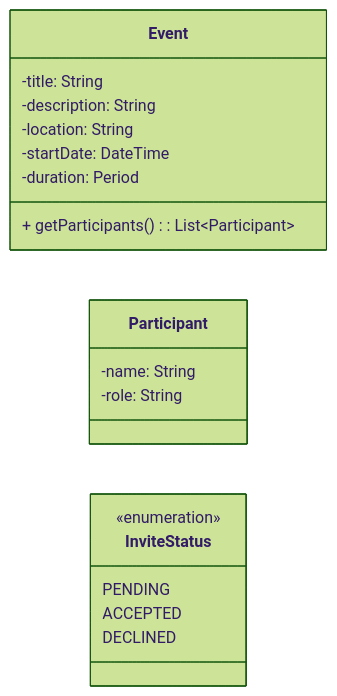
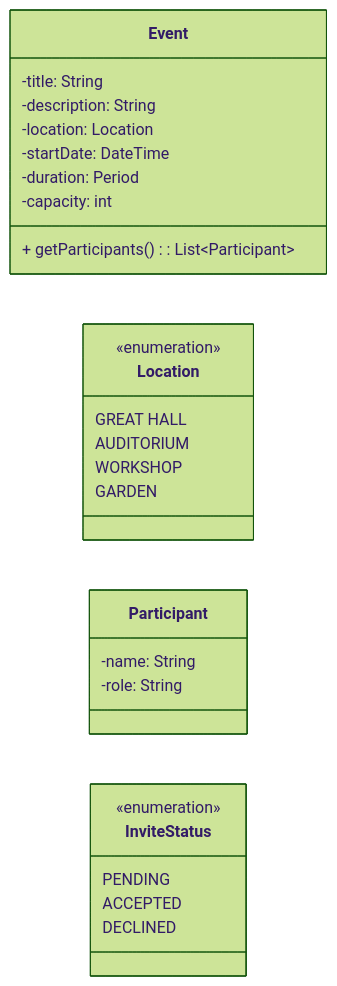
One commit to HansMalm/Project_test_1_Hans_EventManagementApp changed the diagram in README.md. Above: the diagram before and after it, drawn with Mermaid (forest theme). The commit also changed other lines of this file, not shown here.

````diff
--- a/README.md
+++ b/README.md
@@ -25,26 +25,35 @@
 ```mermaid
 classDiagram
     direction LR
 
     class Event {
         -title: String
         -description: String
-        -location: String
+        -location: Location
         -startDate: DateTime
         -duration: Period
+        -capacity: int
         + getParticipants(): List~Participant~
+    }
+    
+    class Location {
+        <<enumeration>>
+        GREAT HALL
+        AUDITORIUM
+        WORKSHOP
+        GARDEN
     }
     
     class Participant {
         -name: String
         -role: String
     }
     
     class InviteStatus {
         <<enumeration>>
         PENDING
         ACCEPTED
         DECLINED
  }
 
 ```
````
